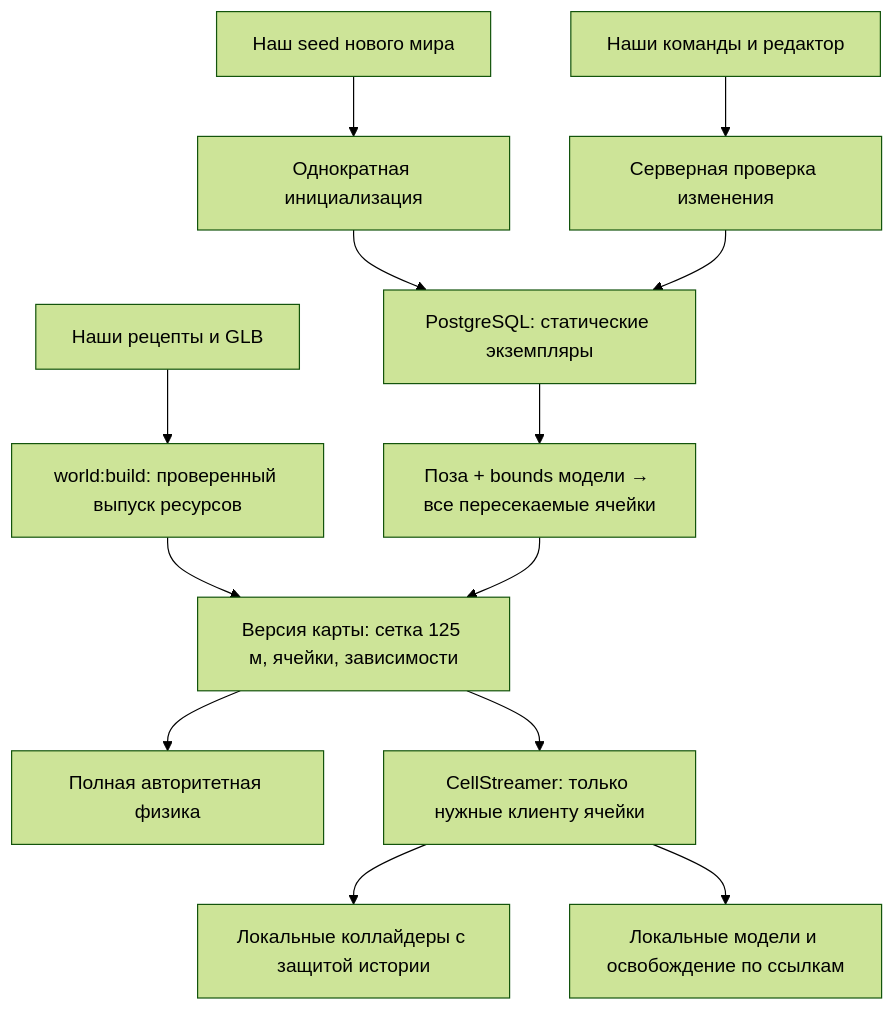
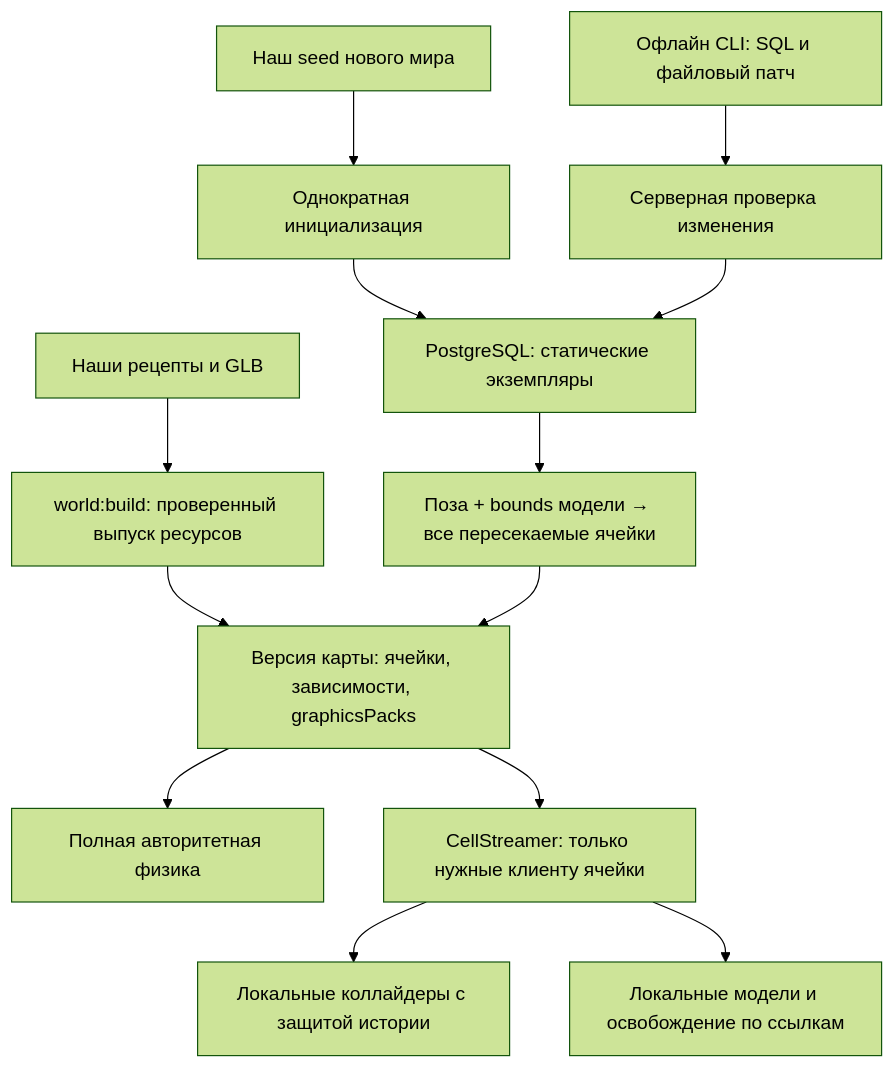
Before and after one commit to ftagn-superior/syktyvkar-underground: the diagram in docs/static-world-migration-plan.md, drawn with Mermaid (forest theme). The commit also changed other lines of this file and 1 other file, not shown here.

````diff
--- a/docs/static-world-migration-plan.md
+++ b/docs/static-world-migration-plan.md
@@ -143,15 +146,15 @@
 ```mermaid
 flowchart TD
     SOURCES["Наши рецепты и GLB"] --> BUILD["world:build: проверенный выпуск ресурсов"]
     SEED["Наш seed нового мира"] --> INIT["Однократная инициализация"]
     INIT --> DB["PostgreSQL: статические экземпляры"]
-    CLI["Наши команды и редактор"] --> VALIDATE["Серверная проверка изменения"]
+    CLI["Офлайн CLI: SQL и файловый патч"] --> VALIDATE["Серверная проверка изменения"]
     VALIDATE --> DB
-    BUILD --> SNAPSHOT["Версия карты: сетка 125 м, ячейки, зависимости"]
+    BUILD --> SNAPSHOT["Версия карты: ячейки, зависимости, graphicsPacks"]
     DB --> PARTITION["Поза + bounds модели → все пересекаемые ячейки"]
     PARTITION --> SNAPSHOT
     SNAPSHOT --> SERVER["Полная авторитетная физика"]
     SNAPSHOT --> STREAM["CellStreamer: только нужные клиенту ячейки"]
     STREAM --> PREDICT["Локальные коллайдеры с защитой истории"]
     STREAM --> VIEW["Локальные модели и освобождение по ссылкам"]
 ```
````
